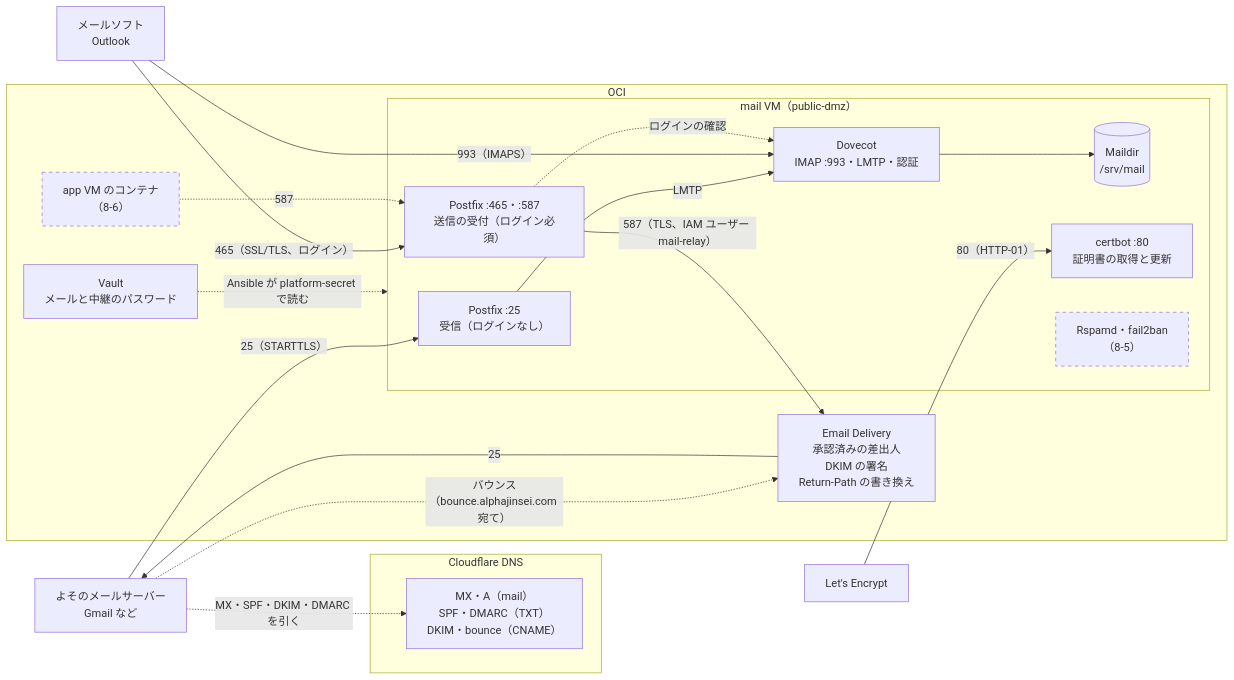
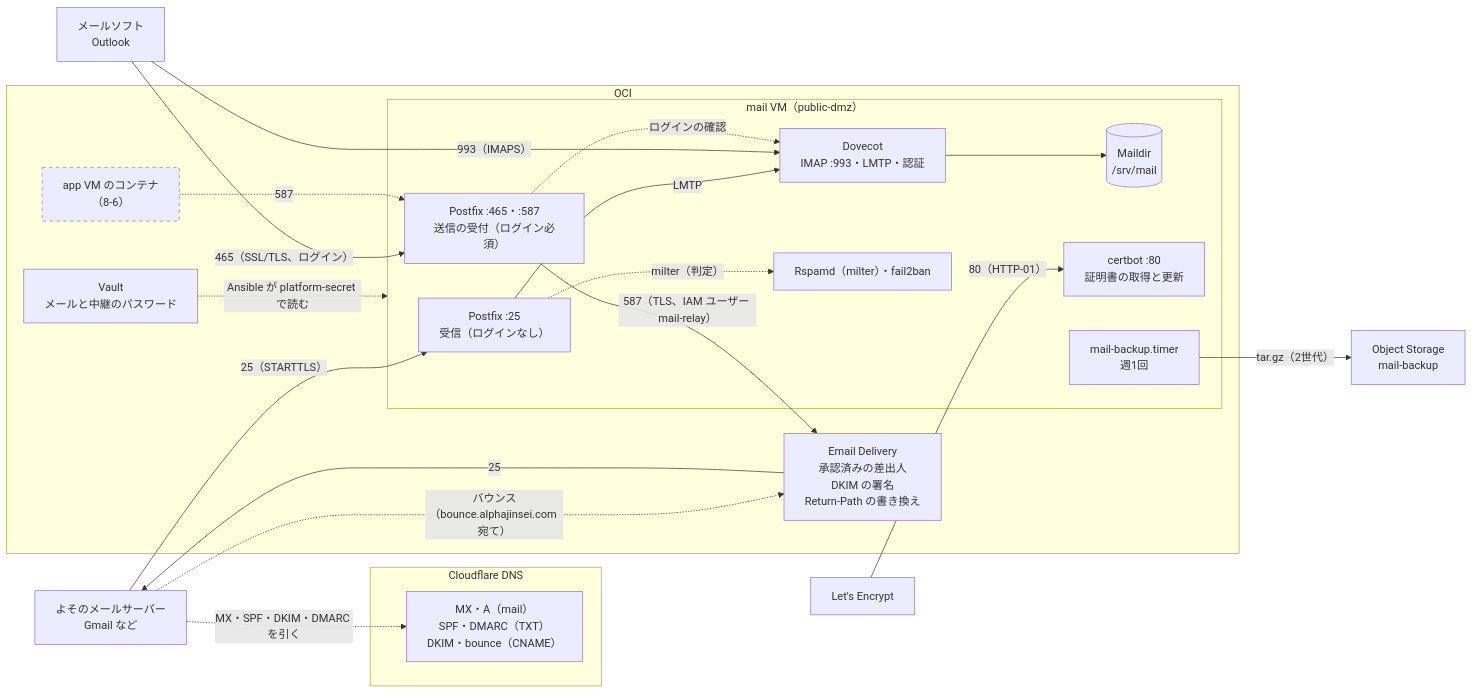
One commit to alphajinsei/cf-infra-playbook changed the first of 2 diagrams in docs/design/oci-mail.md. Above: the diagram before and after it, drawn with Mermaid. The commit also changed other lines of this file and 5 other files, not shown here.

Commit message:
OCI: Mermaid diagrams in design docs, backup design, mail 8-5 (mostly done)

````diff
--- a/docs/design/oci-mail.md
+++ b/docs/design/oci-mail.md
@@ -57,38 +57,40 @@
 ```mermaid
 flowchart LR
   ext["よそのメールサーバー<br/>Gmail など"]
   mua["メールソフト<br/>Outlook"]
   le["Let's Encrypt"]
   subgraph cf["Cloudflare DNS"]
     dns["MX・A（mail）<br/>SPF・DMARC（TXT）<br/>DKIM・bounce（CNAME）"]
   end
   subgraph oci["OCI"]
     subgraph mailvm["mail VM（public-dmz）"]
       pf25["Postfix :25<br/>受信（ログインなし）"]
       pfsub["Postfix :465・:587<br/>送信の受付（ログイン必須）"]
       dov["Dovecot<br/>IMAP :993・LMTP・認証"]
       box[("Maildir<br/>/srv/mail")]
       cb["certbot :80<br/>証明書の取得と更新"]
-      rs["Rspamd・fail2ban<br/>（8-5）"]
+      bk["mail-backup.timer<br/>週1回"]
+      rs["Rspamd（milter）・fail2ban"]
     end
     app["app VM のコンテナ<br/>（8-6）"]
     vault["Vault<br/>メールと中継のパスワード"]
     ed["Email Delivery<br/>承認済みの差出人<br/>DKIM の署名<br/>Return-Path の書き換え"]
   end
 
   ext -- "25（STARTTLS）" --> pf25
+  pf25 -. "milter（判定）" .-> rs
   pf25 -- "LMTP" --> dov
   dov --> box
   mua -- "993（IMAPS）" --> dov
   mua -- "465（SSL/TLS、ログイン）" --> pfsub
   pfsub -. "ログインの確認" .-> dov
   pfsub -- "587（TLS、IAM ユーザー mail-relay）" --> ed
   ed -- "25" --> ext
   ext -. "バウンス（bounce.alphajinsei.com 宛て）" .-> ed
   ext -. "MX・SPF・DKIM・DMARC を引く" .-> dns
   le -- "80（HTTP-01）" --> cb
   vault -. "Ansible が platform-secret で読む" .-> mailvm
+  bk -- "tar.gz（2世代）" --> objst["Object Storage<br/>mail-backup"]
   app -. "587" .-> pfsub
-  style rs stroke-dasharray: 5 5
   style app stroke-dasharray: 5 5
 ```
````
